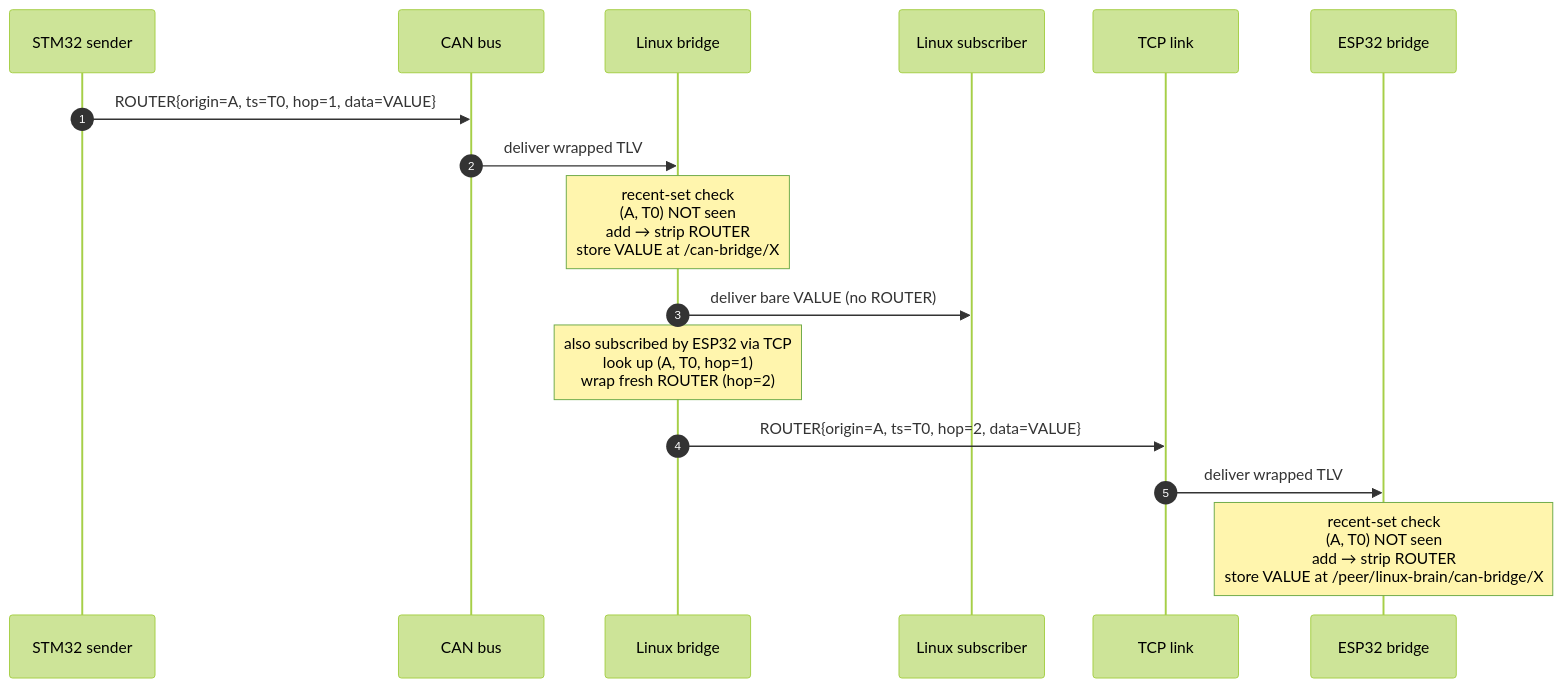
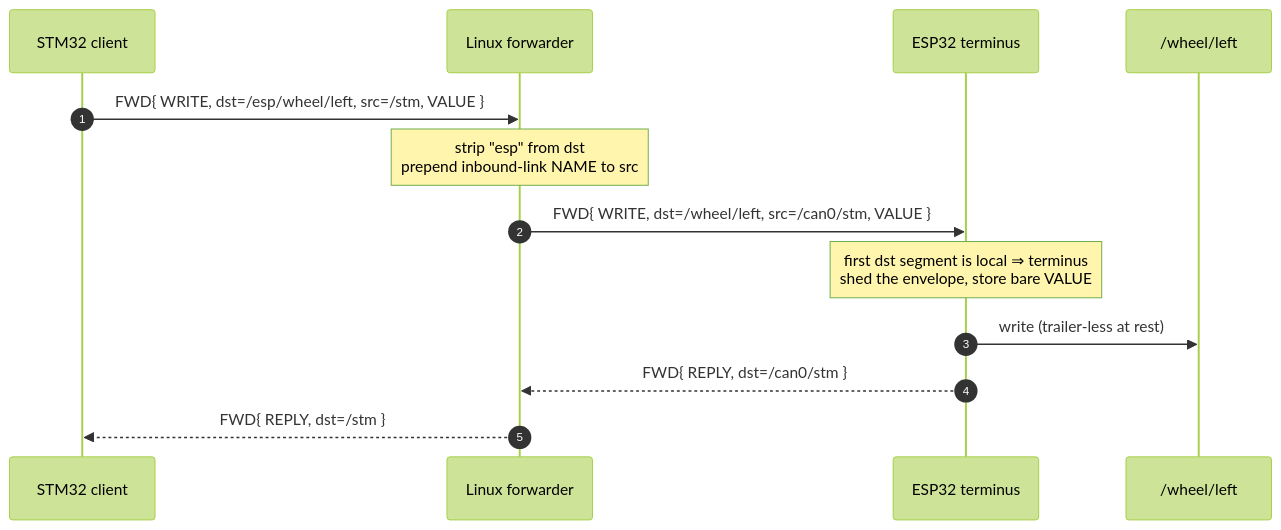
The third of 3 diagrams in docs/reference/02-graph-model.md (avatarsd-llc/libtracer), drawn with Mermaid (forest theme) before and after one commit. The commit also changed other lines of this file and 22 other files, not shown here.

Commit message:
docs: published pages describe the current net plane only — FWD source-routing + ADR-0041 terminus arena

````diff
--- a/docs/reference/02-graph-model.md
+++ b/docs/reference/02-graph-model.md
@@ -474,19 +475,16 @@
 ```mermaid
 sequenceDiagram
     autonumber
-    participant STM as STM32 sender
-    participant CAN as CAN bus
-    participant LB as Linux bridge
-    participant LSub as Linux subscriber
-    participant TCP as TCP link
-    participant ESP as ESP32 bridge
+    participant STM as STM32 client
+    participant LB as Linux forwarder
+    participant ESP as ESP32 terminus
+    participant V as /wheel/left
 
-    STM->>CAN: ROUTER{origin=A, ts=T0, hop=1, data=VALUE}
-    CAN->>LB: deliver wrapped TLV
-    Note over LB: recent-set check<br/>(A, T0) NOT seen<br/>add → strip ROUTER<br/>store VALUE at /can-bridge/X
-    LB->>LSub: deliver bare VALUE (no ROUTER)
-    Note over LB: also subscribed by ESP32 via TCP<br/>look up (A, T0, hop=1)<br/>wrap fresh ROUTER (hop=2)
-    LB->>TCP: ROUTER{origin=A, ts=T0, hop=2, data=VALUE}
-    TCP->>ESP: deliver wrapped TLV
-    Note over ESP: recent-set check<br/>(A, T0) NOT seen<br/>add → strip ROUTER<br/>store VALUE at /peer/linux-brain/can-bridge/X
+    STM->>LB: FWD{ WRITE, dst=/esp/wheel/left, src=/stm, VALUE }
+    Note over LB: strip "esp" from dst<br/>prepend inbound-link NAME to src
+    LB->>ESP: FWD{ WRITE, dst=/wheel/left, src=/can0/stm, VALUE }
+    Note over ESP: first dst segment is local ⇒ terminus<br/>shed the envelope, store bare VALUE
+    ESP->>V: write (trailer-less at rest)
+    ESP-->>LB: FWD{ REPLY, dst=/can0/stm }
+    LB-->>STM: FWD{ REPLY, dst=/stm }
 ```
````
